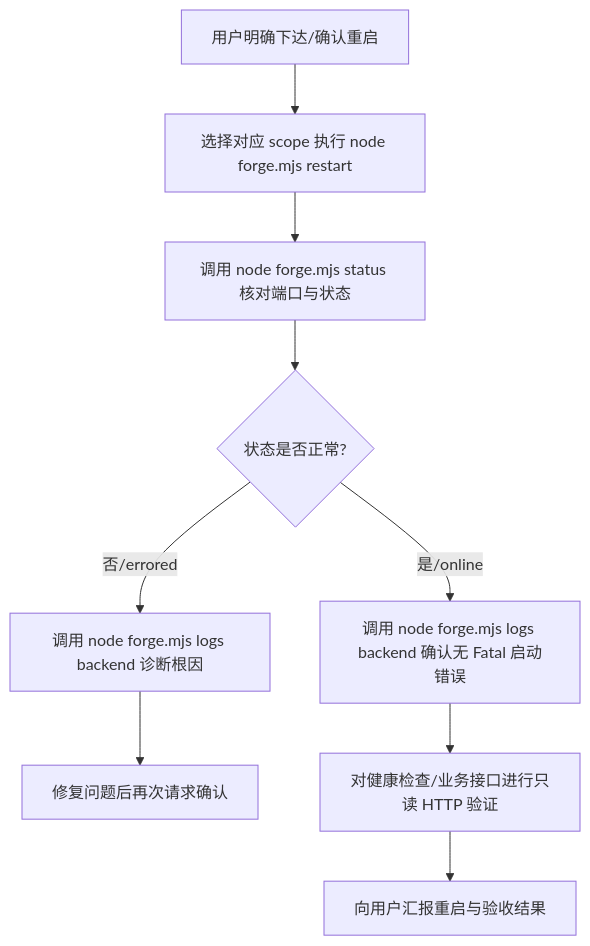
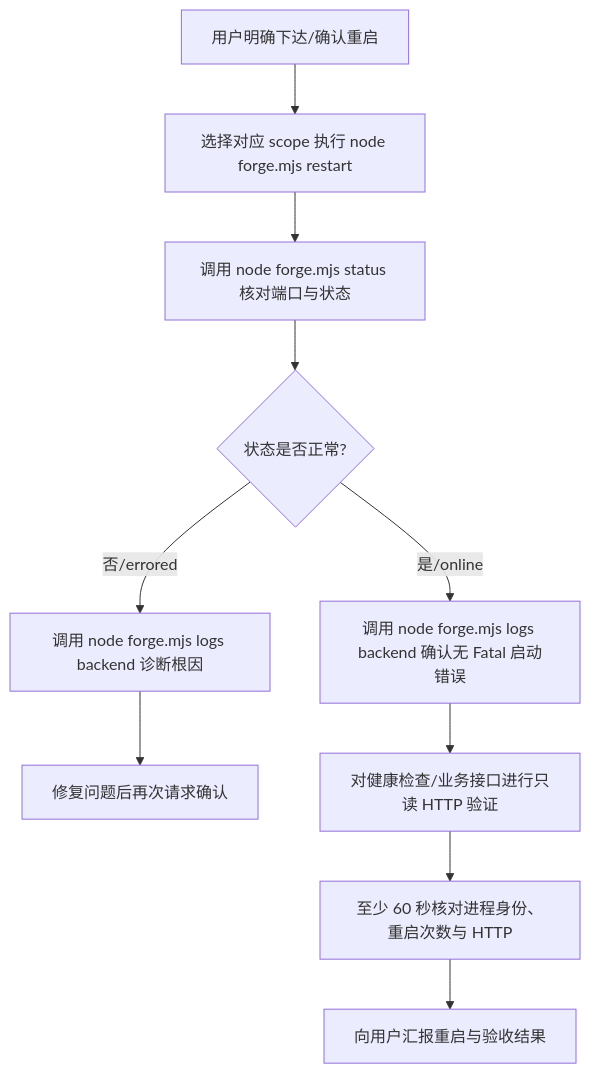
The diagram in .agents/skills/forge-runtime/SKILL.md (exception-coder/kai-toolbox), drawn with Mermaid before and after one commit. The commit also changed other lines of this file and 8 other files, not shown here.

````diff
--- a/.agents/skills/forge-runtime/SKILL.md
+++ b/.agents/skills/forge-runtime/SKILL.md
@@ -50,11 +52,12 @@
 ```mermaid
 flowchart TD
     A[用户明确下达/确认重启] --> B[选择对应 scope 执行 node forge.mjs restart]
     B --> C[调用 node forge.mjs status 核对端口与状态]
     C --> D{状态是否正常?}
     D -- 否/errored --> E[调用 node forge.mjs logs backend 诊断根因]
     E --> F[修复问题后再次请求确认]
     D -- 是/online --> G[调用 node forge.mjs logs backend 确认无 Fatal 启动错误]
     G --> H[对健康检查/业务接口进行只读 HTTP 验证]
-    H --> I[向用户汇报重启与验收结果]
+    H --> S[至少 60 秒核对进程身份、重启次数与 HTTP]
+    S --> I[向用户汇报重启与验收结果]
 ```
````
